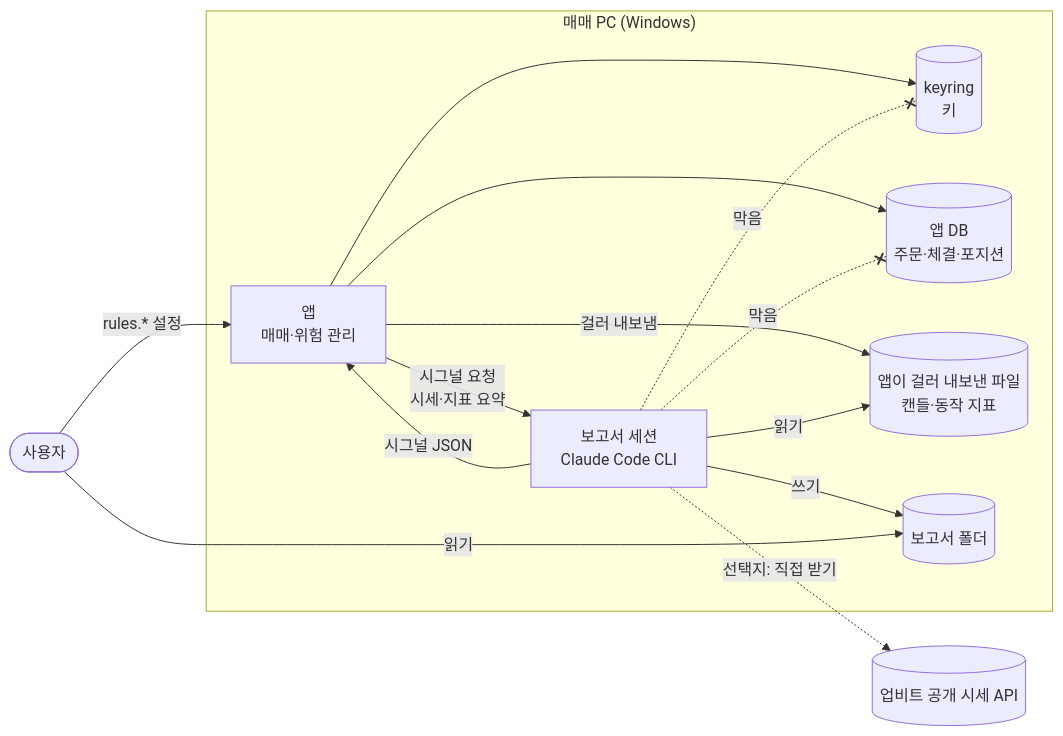
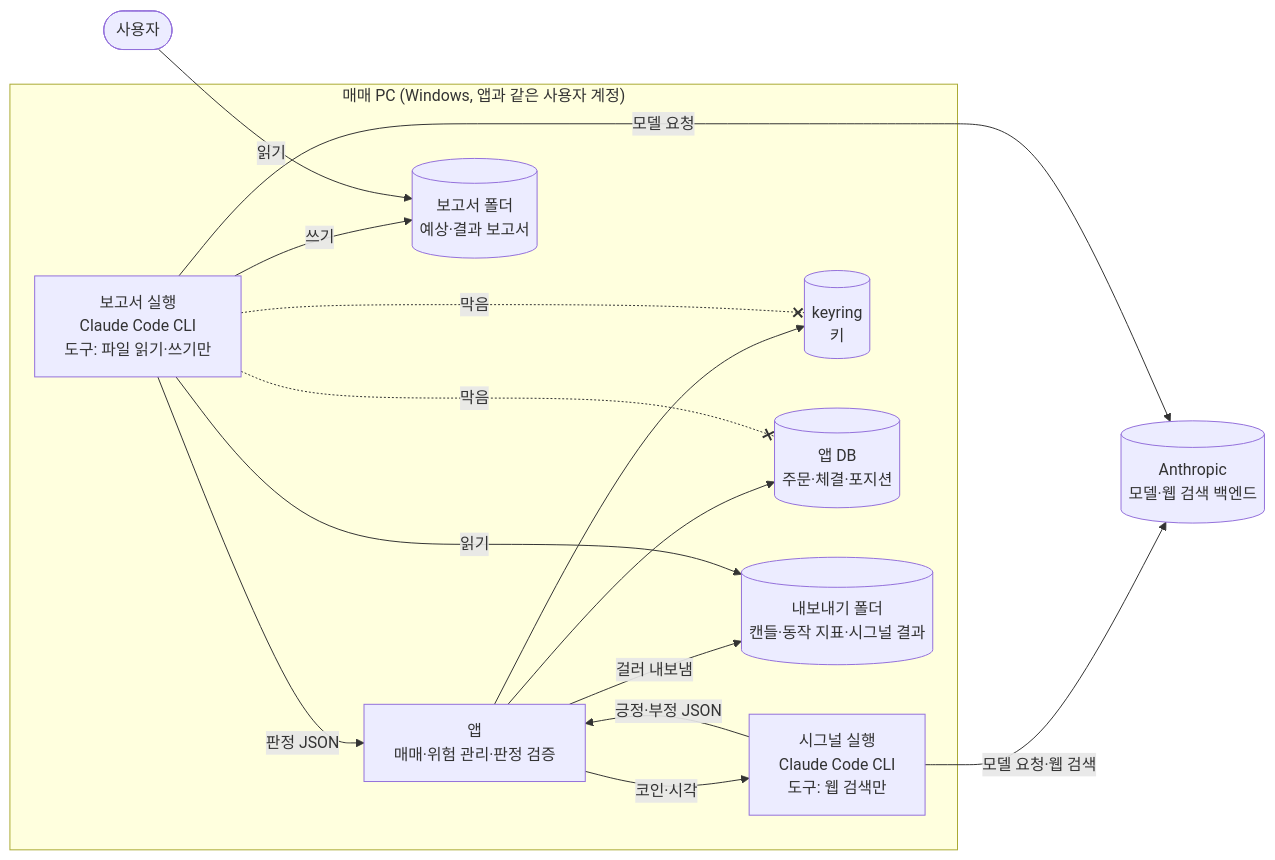
One commit to khy920723/upbit-autotrader changed the first of 3 diagrams in docs/03-functional/analysis-report-session.md. Above: the diagram before and after it, drawn with Mermaid. The commit also changed other lines of this file and 28 other files, not shown here.

````diff
--- a/docs/03-functional/analysis-report-session.md
+++ b/docs/03-functional/analysis-report-session.md
@@ -36,25 +57,27 @@
 ```mermaid
 flowchart LR
-    subgraph PC["매매 PC (Windows)"]
-        APP["앱<br/>매매·위험 관리"]
-        RS["보고서 세션<br/>Claude Code CLI"]
+    subgraph PC["매매 PC (Windows, 앱과 같은 사용자 계정)"]
+        APP["앱<br/>매매·위험 관리·판정 검증"]
+        SIG["시그널 실행<br/>Claude Code CLI<br/>도구: 웹 검색만"]
+        REP["보고서 실행<br/>Claude Code CLI<br/>도구: 파일 읽기·쓰기만"]
         KEY[("keyring<br/>키")]
         DB[("앱 DB<br/>주문·체결·포지션")]
-        OUT[("앱이 걸러 내보낸 파일<br/>캔들·동작 지표")]
-        REP[("보고서 폴더")]
+        EXP[("내보내기 폴더<br/>캔들·동작 지표·시그널 결과")]
+        RPT[("보고서 폴더<br/>예상·결과 보고서")]
     end
-    UP[("업비트 공개 시세 API")]
+    ANT[("Anthropic<br/>모델·웹 검색 백엔드")]
     USER(["사용자"])
     APP --> KEY
     APP --> DB
-    APP -- 걸러 내보냄 --> OUT
-    APP -- "시그널 요청<br/>시세·지표 요약" --> RS
-    RS -- "시그널 JSON" --> APP
-    RS -- 읽기 --> OUT
-    RS -- 쓰기 --> REP
-    RS -. "선택지: 직접 받기" .-> UP
-    USER -- 읽기 --> REP
-    USER -- "rules.* 설정" --> APP
-    RS -. 막음 .-x KEY
-    RS -. 막음 .-x DB
+    APP -- "코인·시각" --> SIG
+    SIG -- "긍정·부정 JSON" --> APP
+    SIG -- "모델 요청·웹 검색" --> ANT
+    APP -- 걸러 내보냄 --> EXP
+    REP -- 읽기 --> EXP
+    REP -- 쓰기 --> RPT
+    REP -- 모델 요청 --> ANT
+    REP -- "판정 JSON" --> APP
+    USER -- 읽기 --> RPT
+    REP -. 막음 .-x KEY
+    REP -. 막음 .-x DB
 ```
````
